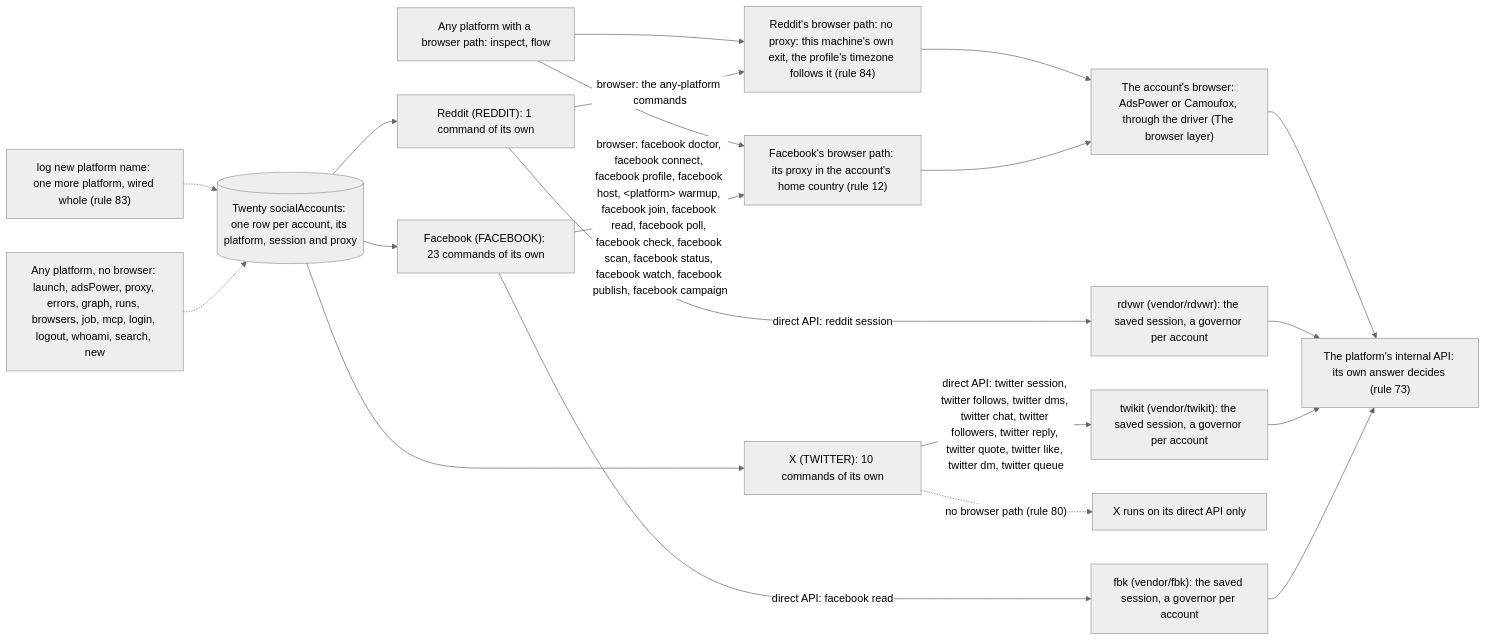
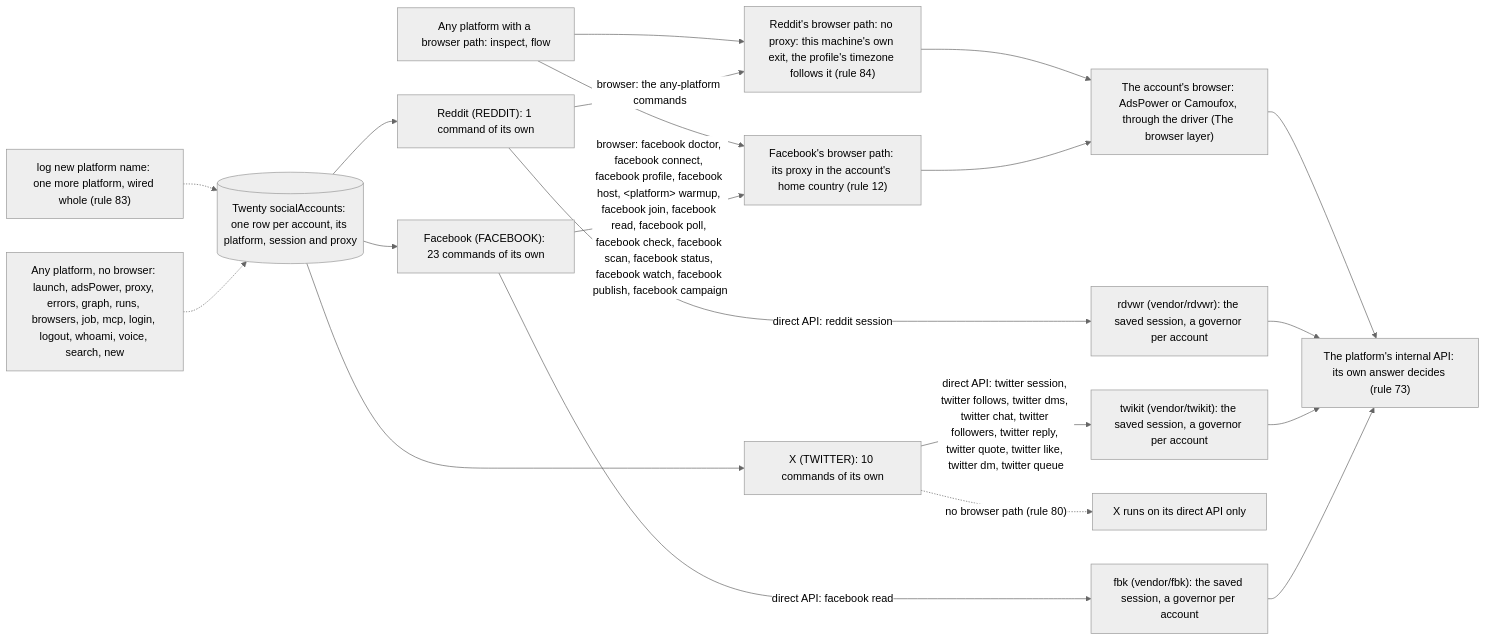
Before and after one commit to matthewdonsemail-lab/log: the diagram in docs/diagrams/platforms.mmd, drawn with Mermaid (neutral theme). The commit also changed 33 other files, not shown here.

First line of the commit message:
feat(twitter): X Chat by push over chat-ws.x.com, not polling; the inbox hook runs off it; log voice gates drafts

```diff
--- a/docs/diagrams/platforms.mmd
+++ b/docs/diagrams/platforms.mmd
@@ -1,30 +1,30 @@
 %% The platforms. log-cli is platform-agnostic: each platform is a row in `PLATFORMS` and `PLATFORM_SITES` (`src/cli/runner/helpers/platforms.ts`), with its direct-API client from `DIRECT_ROUTES` (`src/directApi/engine`) and its browser path, with or without a proxy. A new one is made by `log new platform <name>` (rule 83).
 %% Written by `bun run docs:build` from the code (rule 56). Not edited by hand.
 flowchart LR
   twenty[("Twenty socialAccounts: one row per account, its platform, session and proxy")]
   api["The platform's internal API: its own answer decides (rule 73)"]
   drivers["The account's browser: AdsPower or Camoufox, through the driver (The browser layer)"]
   p_facebook["Facebook (FACEBOOK): 23 commands of its own"]
   twenty --> p_facebook
   p_facebook -->|"direct API: facebook read"| e_fbk["fbk (vendor/fbk): the saved session, a governor per account"]
   e_fbk --> api
   p_facebook -->|"browser: facebook doctor, facebook connect, facebook profile, facebook host, #lt;platform#gt; warmup, facebook join, facebook read, facebook poll, facebook check, facebook scan, facebook status, facebook watch, facebook publish, facebook campaign"| b_facebook["Facebook's browser path: its proxy in the account's home country (rule 12)"]
   b_facebook --> drivers
   p_twitter["X (TWITTER): 10 commands of its own"]
   twenty --> p_twitter
   p_twitter -->|"direct API: twitter session, twitter follows, twitter dms, twitter chat, twitter followers, twitter reply, twitter quote, twitter like, twitter dm, twitter queue"| e_twikit["twikit (vendor/twikit): the saved session, a governor per account"]
   e_twikit --> api
   p_twitter -.->|"no browser path (rule 80)"| nob_twitter["X runs on its direct API only"]
   p_reddit["Reddit (REDDIT): 1 command of its own"]
   twenty --> p_reddit
   p_reddit -->|"direct API: reddit session"| e_rdvwr["rdvwr (vendor/rdvwr): the saved session, a governor per account"]
   e_rdvwr --> api
   p_reddit -->|"browser: the any-platform commands"| b_reddit["Reddit's browser path: no proxy: this machine's own exit, the profile's timezone follows it (rule 84)"]
   b_reddit --> drivers
   anyB["Any platform with a browser path: inspect, flow"]
   anyB --> b_facebook
   anyB --> b_reddit
-  anyN["Any platform, no browser: launch, adsPower, proxy, errors, graph, runs, browsers, job, mcp, login, logout, whoami, search, new"]
+  anyN["Any platform, no browser: launch, adsPower, proxy, errors, graph, runs, browsers, job, mcp, login, logout, whoami, voice, search, new"]
   anyN -.-> twenty
   newP["log new platform name: one more platform, wired whole (rule 83)"] -.-> twenty
   drivers --> api
```
